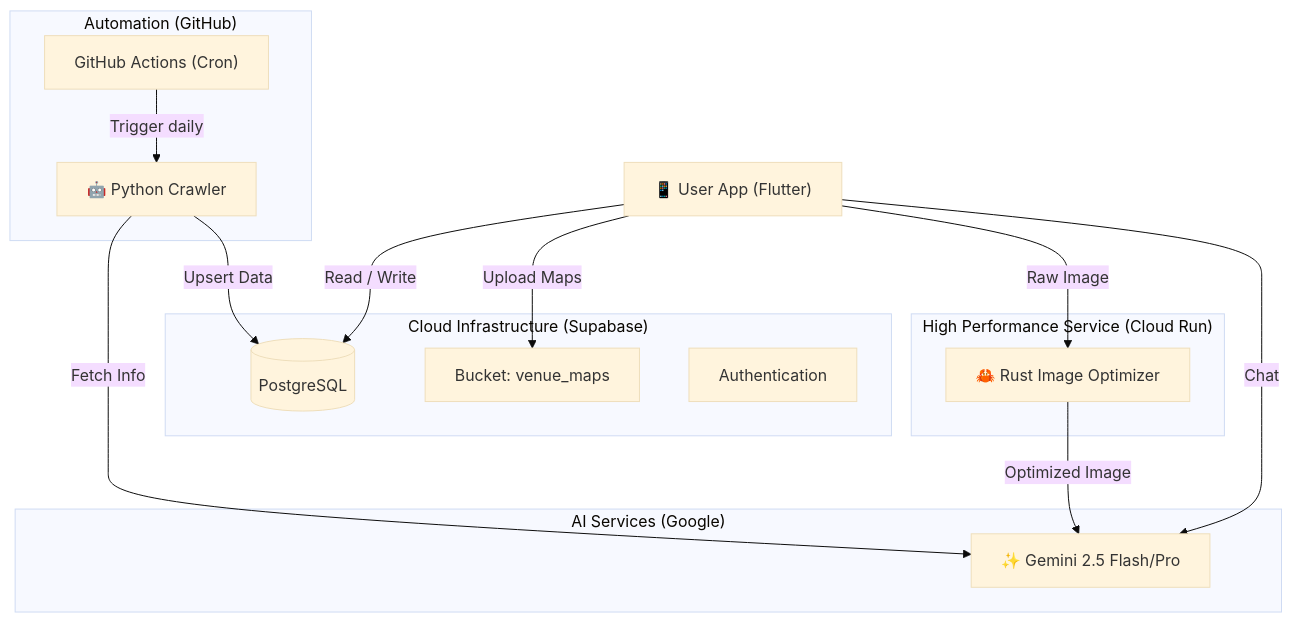
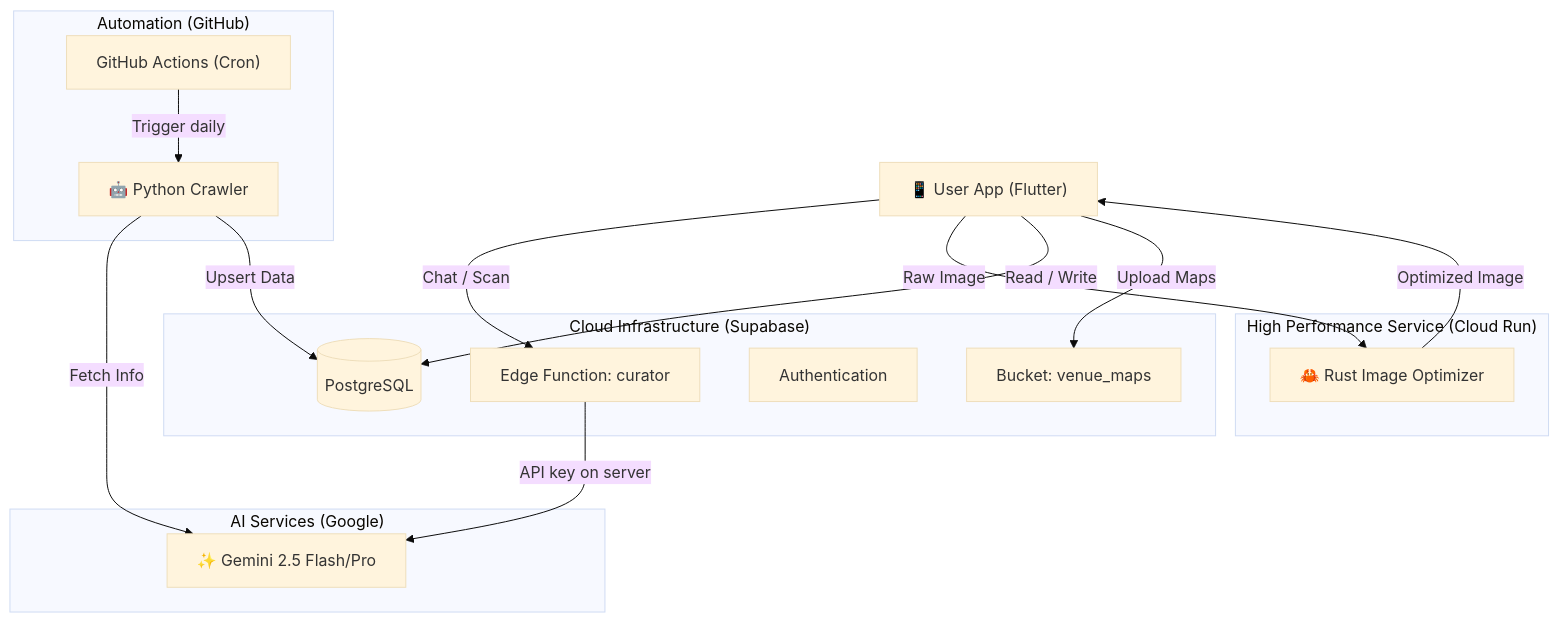
One commit to naki0227/encura changed the first of 2 diagrams in README.ja.md. Above: the diagram before and after it, drawn with Mermaid (base theme). The commit also changed other lines of this file and 10 other files, not shown here.

````diff
--- a/README.ja.md
+++ b/README.ja.md
@@ -111,34 +111,36 @@
 ```mermaid
 graph TD
     User["📱 User App (Flutter)"]
     
     subgraph "Cloud Infrastructure (Supabase)"
         DB[("PostgreSQL")]
         Storage["Bucket: venue_maps"]
         Auth["Authentication"]
+        Curator["Edge Function: curator"]
     end
     
     subgraph "High Performance Service (Cloud Run)"
         Rust["🦀 Rust Image Optimizer"]
     end
     
     subgraph "AI Services (Google)"
         Gemini["✨ Gemini 2.5 Flash/Pro"]
     end
     
     subgraph "Automation (GitHub)"
         Crawler["🤖 Python Crawler"]
         Actions["GitHub Actions (Cron)"]
     end
 
     %% Flows
-    User -->|Chat| Gemini
+    User -->|Chat / Scan| Curator
+    Curator -->|API key on server| Gemini
     User -->|Raw Image| Rust
-    Rust -->|Optimized Image| Gemini
+    Rust -->|Optimized Image| User
     User -->|Read / Write| DB
     User -->|Upload Maps| Storage
     
     Actions -->|Trigger daily| Crawler
     Crawler -->|Fetch Info| Gemini
     Crawler -->|Upsert Data| DB
 ```
````
